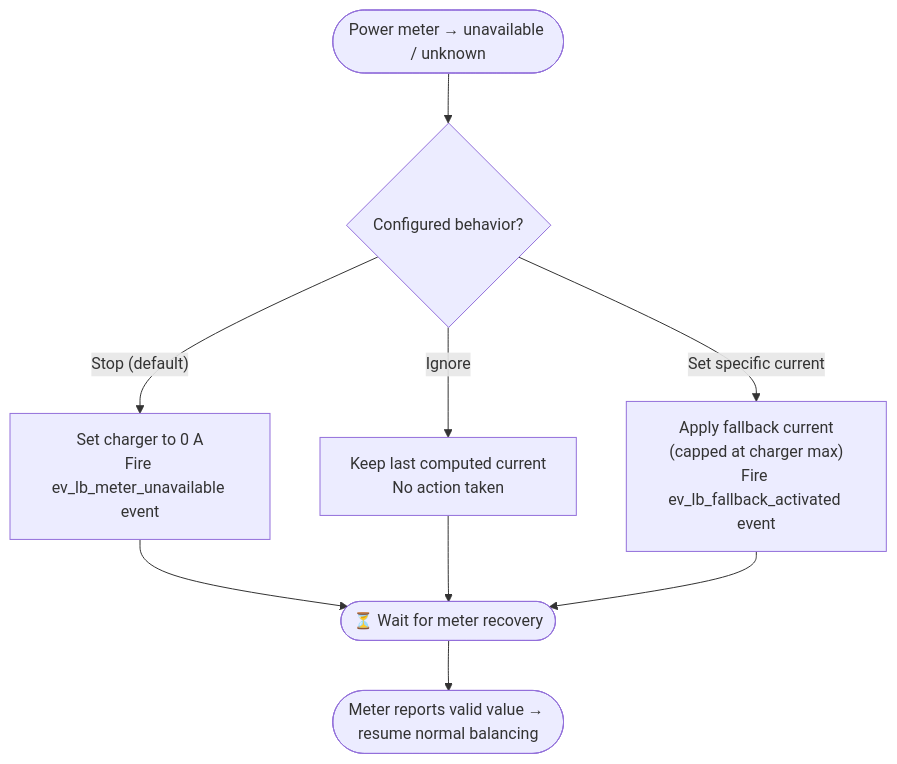
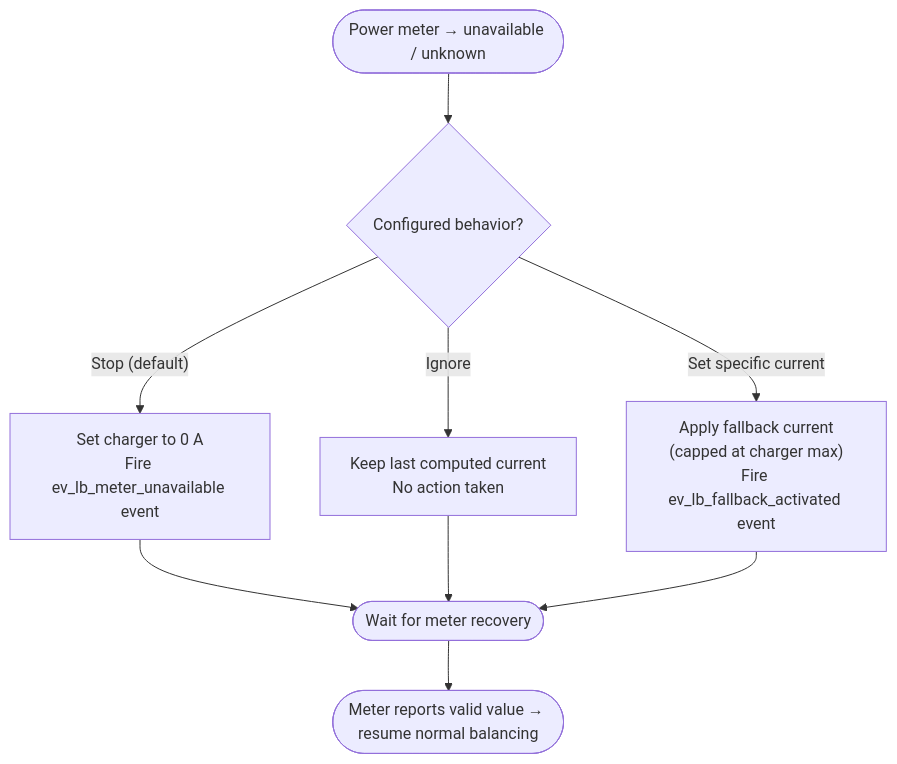
Before and after one commit to alexisml/ev-charger-load-balancing: the fifth of 7 diagrams in docs/documentation/how-it-works.md, drawn with Mermaid. The commit also changed other lines of this file, not shown here.

Commit message:
Fix broken and fragile Mermaid diagrams in how-it-works.md (#108)

````diff
--- a/docs/documentation/how-it-works.md
+++ b/docs/documentation/how-it-works.md
@@ -433,11 +437,11 @@
 ```mermaid
 flowchart TD
     A(["Power meter → unavailable / unknown"]) --> B{"Configured behavior?"}
     B -- "Stop (default)" --> C["Set charger to 0 A<br/>Fire ev_lb_meter_unavailable event"]
     B -- "Ignore" --> D["Keep last computed current<br/>No action taken"]
     B -- "Set specific current" --> E["Apply fallback current<br/>(capped at charger max)<br/>Fire ev_lb_fallback_activated event"]
-    C --> F(["⏳ Wait for meter recovery"])
+    C --> F(["Wait for meter recovery"])
     D --> F
     E --> F
     F --> G(["Meter reports valid value → resume normal balancing"])
 ```
````
